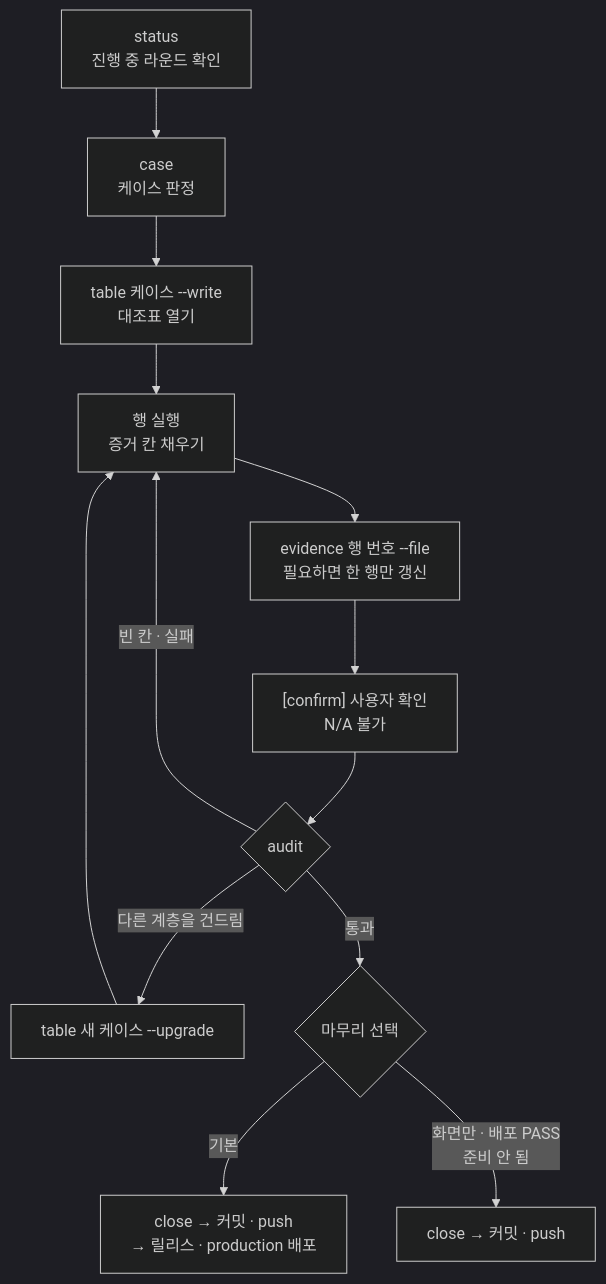
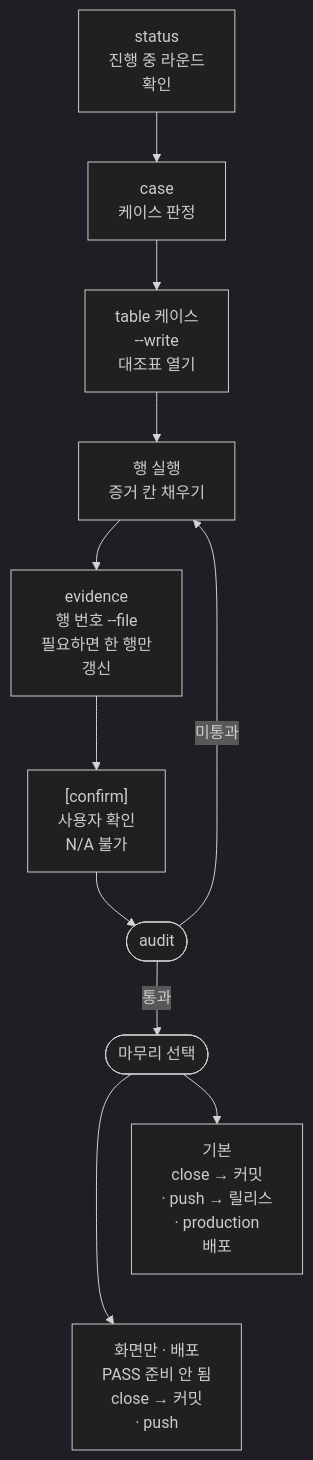
One commit to roadkwon-ai/pro-kit-ui changed the diagram in handbook/concepts/dev-cycle.md. Above: the diagram before and after it, drawn with Mermaid (dark theme). The commit also changed other lines of this file and 41 other files, not shown here.

````diff
--- a/handbook/concepts/dev-cycle.md
+++ b/handbook/concepts/dev-cycle.md
@@ -20,20 +20,21 @@
 ```mermaid
 ---
 config:
   flowchart:
-    wrappingWidth: 220
+    wrappingWidth: 130
 ---
 flowchart TB
-  S["status<br/>진행 중 라운드 확인"] --> C["case<br/>케이스 판정"]
-  C --> T["table 케이스 --write<br/>대조표 열기"]
+  accTitle: dev-cycle 순서
+  accDescr: status로 진행 중 라운드를 보고 케이스를 판정해 대조표를 열어요. 행을 실행해 증거를 채우고 사용자 확인을 거쳐 audit을 해요. 빈 칸이나 실패가 있으면 행 실행으로 돌아가고, 통과하면 마무리를 골라요.
+  S["status<br/>진행 중 라운드<br/>확인"] --> C["case<br/>케이스 판정"]
+  C --> T["table 케이스<br/>--write<br/>대조표 열기"]
   T --> R["행 실행<br/>증거 칸 채우기"]
-  R --> EV["evidence 행 번호 --file<br/>필요하면 한 행만 갱신"]
-  EV --> CF["[confirm] 사용자 확인<br/>N/A 불가"]
-  CF --> A{"audit"}
-  A -->|빈 칸 · 실패| R
-  A -->|다른 계층을 건드림| U["table 새 케이스 --upgrade"]
-  U --> R
-  A -->|통과| Q{"마무리 선택"}
-  Q -->|기본| RD["close → 커밋 · push<br/>→ 릴리스 · production 배포"]
-  Q -->|"화면만 · 배포 PASS<br/>준비 안 됨"| CL["close → 커밋 · push"]
+  R --> EV["evidence<br/>행 번호 --file<br/>필요하면 한 행만<br/>갱신"]
+  EV --> CF["[confirm]<br/>사용자 확인<br/>N/A 불가"]
+  CF --> A(["audit"])
+  A -->|"미통과"| R
+  A -->|통과| Q(["마무리 선택"])
+  Q --> RD["기본<br/>close → 커밋<br/>· push → 릴리스<br/>· production<br/>배포"]
+  Q --> CL["화면만 · 배포<br/>PASS 준비 안 됨<br/>close → 커밋<br/>· push"]
+  RD ~~~ CL
 ```
````
